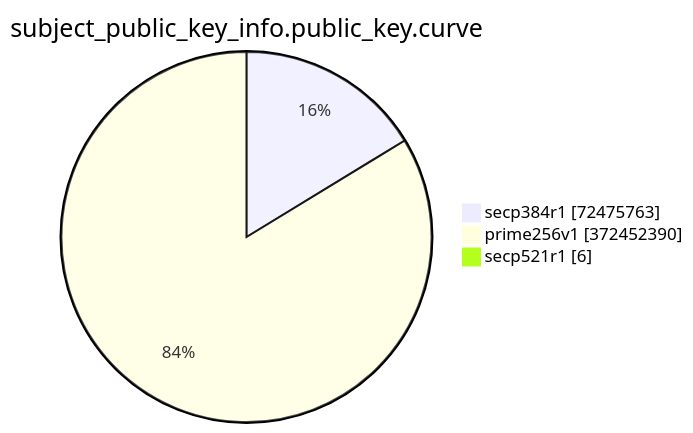
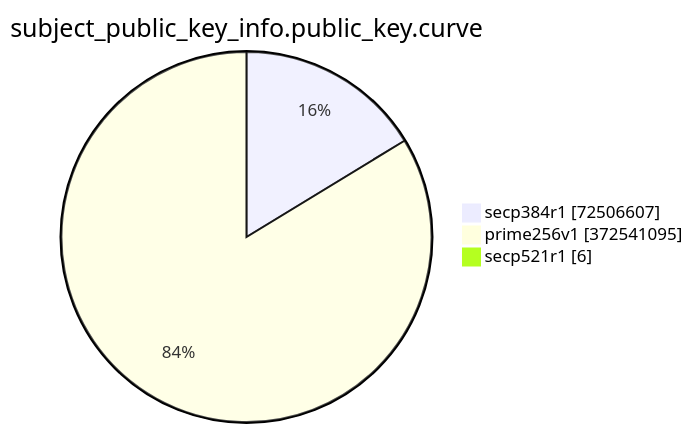
The eighth of 15 diagrams in TOTAL/README.md (christiankrug/ctmonitor_visualization), drawn with Mermaid before and after one commit. The commit also changed other lines of this file, not shown here.

````diff
--- a/TOTAL/README.md
+++ b/TOTAL/README.md
@@ -3092,7 +3092,7 @@
 ```mermaid
 pie showData
 title subject_public_key_info.public_key.curve
-"secp384r1" :72475763
-"prime256v1" :372452390
+"secp384r1" :72506607
+"prime256v1" :372541095
 "secp521r1" :6
 ```
````
